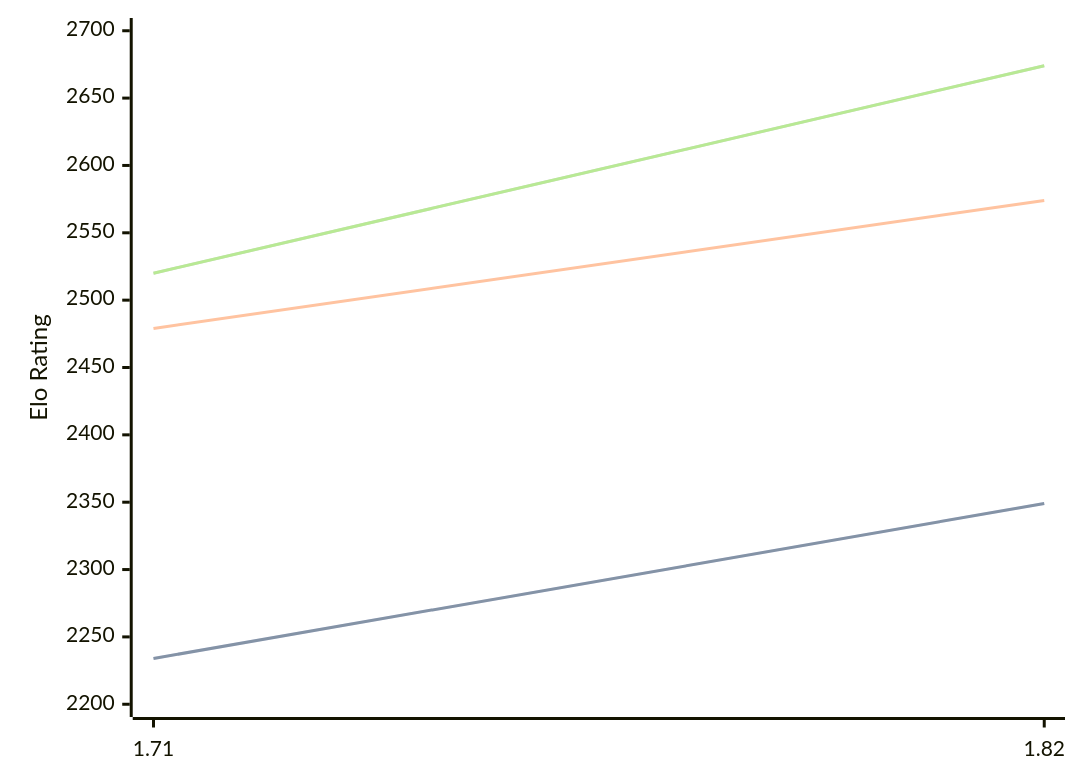
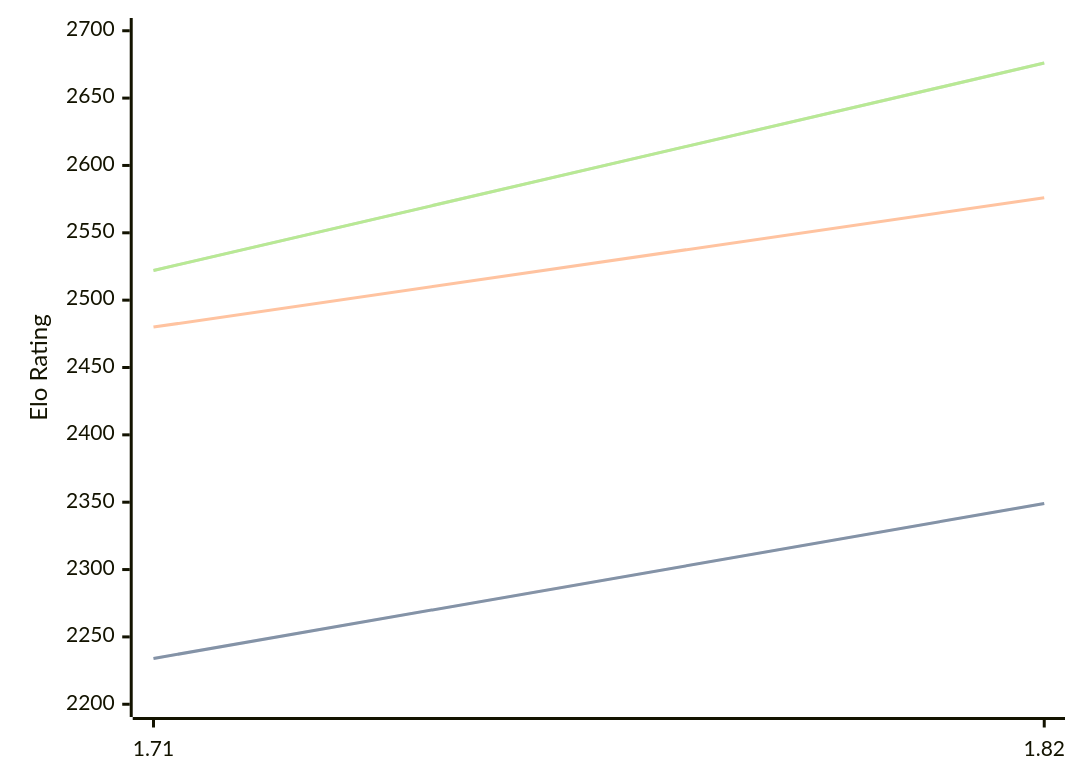
The diagram in engines/Amira.md (computer-chess-index/cci), drawn with Mermaid before and after one commit. The commit also changed other lines of this file, not shown here.

Commit message:
Update CCI Ratings (ELO VLTC) - 2026-05-06

````diff
--- a/engines/Amira.md
+++ b/engines/Amira.md
@@ -35,11 +35,11 @@
 ```mermaid
 %%{init: {"theme":"base","themeVariables":{"seriesColors:['#a3a3a3','#222221','#faa371']}}}%%
 xychart-beta
   x-axis ["1.71", "1.82"]
   y-axis "Elo Rating" 2200 --> 2700
   line "STC (8.0+0.08s)" [2234, 2349]
   line "STC (8.0+0.08s)" [2234, 2349]
-  line "LTC (60.0+0.60s)" [2479, 2574]
-  line "VLTC (2m24s+1.12s)" [2520, 2674]
-  line "VLTC (2m24s+1.12s)" [2520, 2674]
+  line "LTC (60.0+0.60s)" [2480, 2576]
+  line "VLTC (2m24s+1.12s)" [2522, 2676]
+  line "VLTC (2m24s+1.12s)" [2522, 2676]
 ```
````
